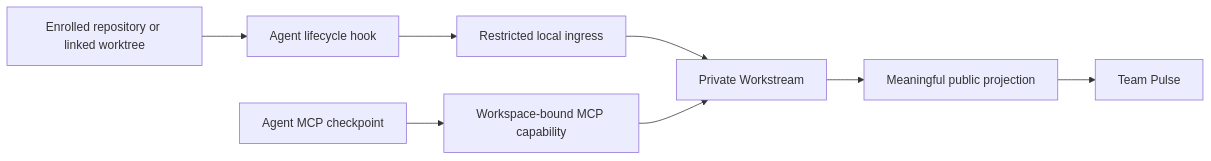
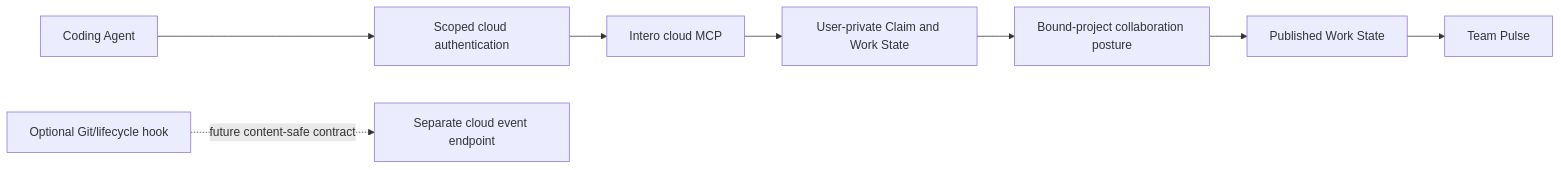
The diagram in docs/plans/2026-07-25-002-feat-agent-auto-integration-plan.md (WatsonHS/intero), drawn with Mermaid before and after one commit. The commit also changed other lines of this file and 13 other files, not shown here.

````diff
--- a/docs/plans/2026-07-25-002-feat-agent-auto-integration-plan.md
+++ b/docs/plans/2026-07-25-002-feat-agent-auto-integration-plan.md
@@ -16,10 +21,11 @@
 ```mermaid
 flowchart LR
-    A["Enrolled repository or linked worktree"] --> B["Agent lifecycle hook"]
-    B --> C["Restricted local ingress"]
-    C --> D["Private Workstream"]
-    E["Agent MCP checkpoint"] --> F["Workspace-bound MCP capability"]
-    F --> D
-    D --> G["Meaningful public projection"]
-    G --> H["Team Pulse"]
+    Agent["Coding Agent"] --> Auth["Scoped cloud authentication"]
+    Auth --> MCP["Intero cloud MCP"]
+    MCP --> Private["User-private Claim and Work State"]
+    Private --> Policy["Bound-project collaboration posture"]
+    Policy --> Shared["Published Work State"]
+    Shared --> Pulse["Team Pulse"]
+
+    Hook["Optional Git/lifecycle hook"] -. "future content-safe contract" .-> Events["Separate cloud event endpoint"]
 ```
````
